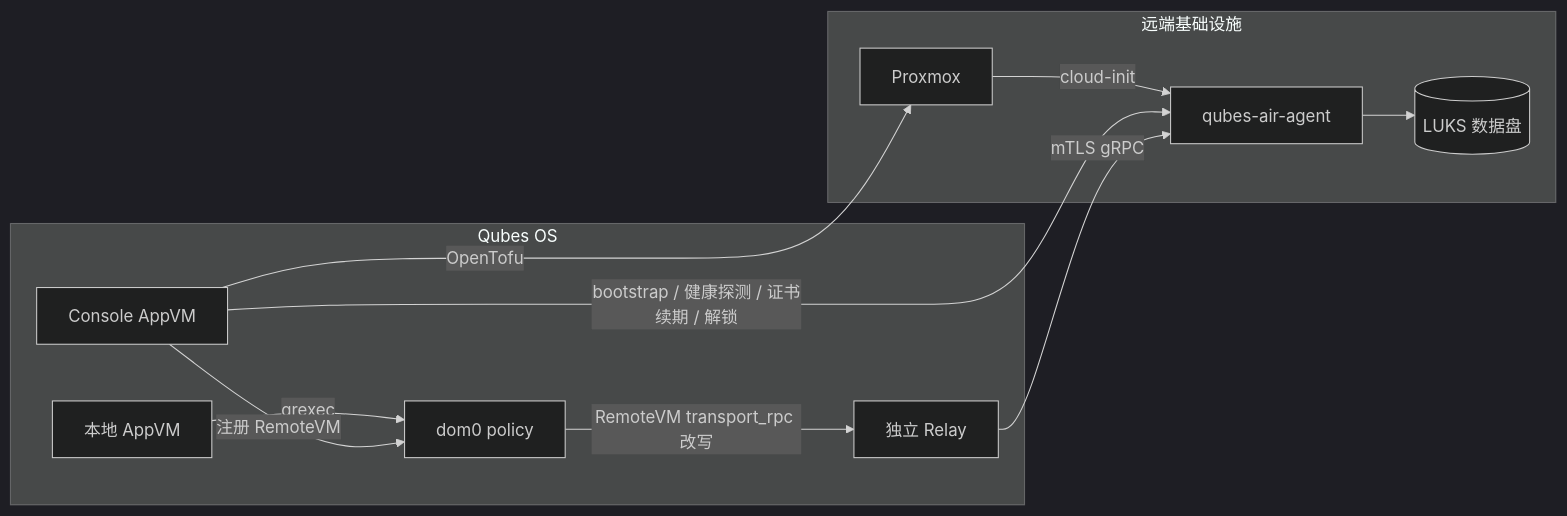
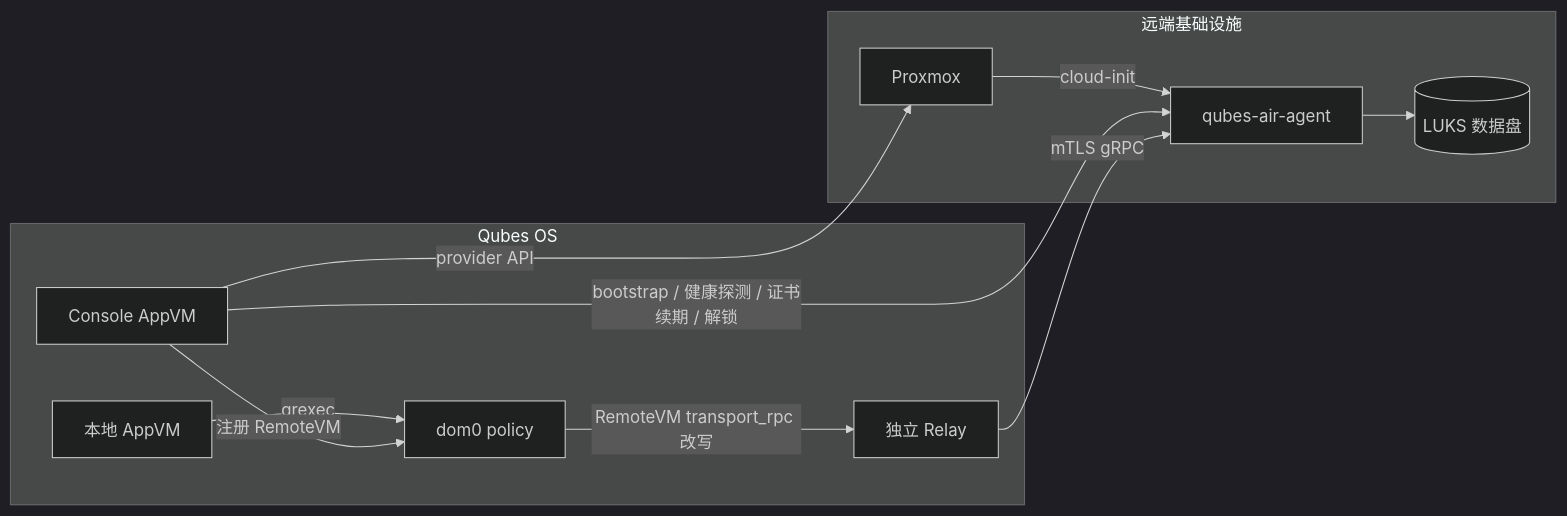
Before and after one commit to slchris/qubes-air: the diagram in readme.md, drawn with Mermaid (dark theme). The commit also changed other lines of this file and 28 other files, not shown here.

````diff
--- a/readme.md
+++ b/readme.md
@@ -31,17 +34,17 @@
 ```mermaid
 flowchart LR
   subgraph Qubes["Qubes OS"]
     AppVM["本地 AppVM"] -->|"qrexec"| Policy["dom0 policy"]
     Policy -->|"RemoteVM transport_rpc 改写"| Relay["独立 Relay"]
     Console["Console AppVM"] -->|"注册 RemoteVM"| Policy
   end
 
   subgraph Infra["远端基础设施"]
     Provider["Proxmox"] -->|"cloud-init"| Agent["qubes-air-agent"]
     Agent --> Data[("LUKS 数据盘")]
   end
 
-  Console -->|"OpenTofu"| Provider
+  Console -->|"provider API"| Provider
   Console -->|"bootstrap / 健康探测 / 证书续期 / 解锁"| Agent
   Relay -->|"mTLS gRPC"| Agent
 ```
````
